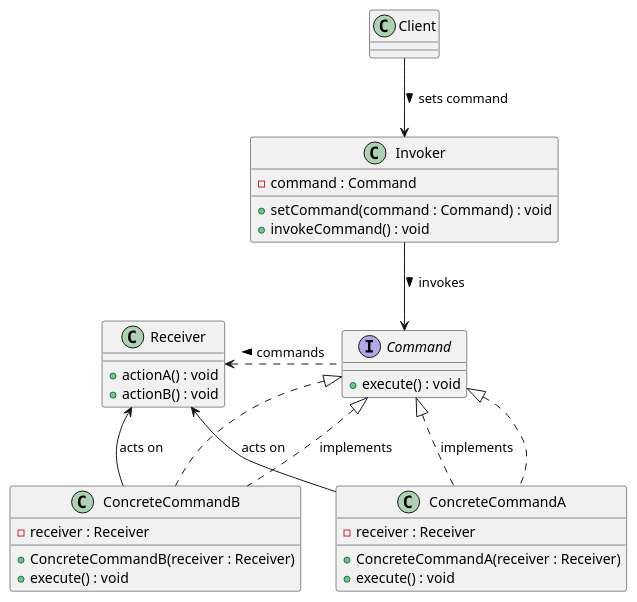
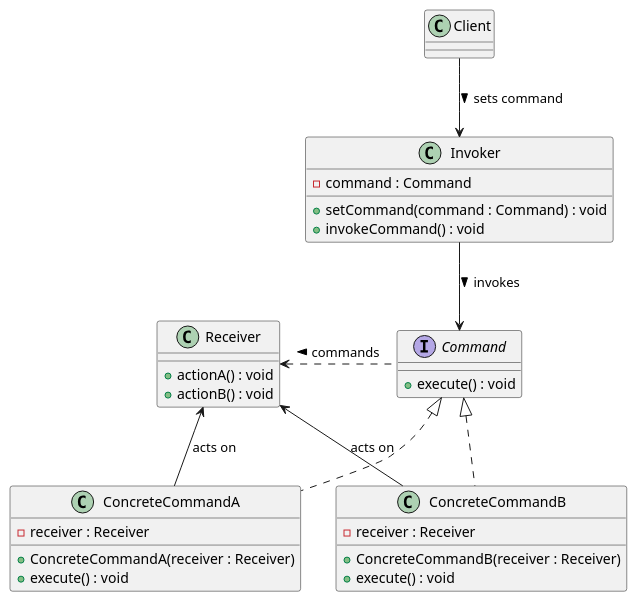
One commit to Gabriel-SoftwareAG/DesignPatterns changed the diagram in Patterns/Manuscript/manuscript/plantUml/command_class_diagram.plantuml. Above: the diagram before and after it, drawn with PlantUML. The commit also changed 24 other files, not shown here.

Commit message:
fix class diagrams

```diff
--- a/Patterns/Manuscript/manuscript/plantUml/command_class_diagram.plantuml
+++ b/Patterns/Manuscript/manuscript/plantUml/command_class_diagram.plantuml
@@ -1,47 +1,45 @@
 @startuml CommandPatternClassDiagram
 
 ' Command interface
 interface Command {
   +execute() : void
 }
 
 ' ConcreteCommand classes
 class ConcreteCommandA implements Command {
   -receiver : Receiver
   +ConcreteCommandA(receiver : Receiver)
   +execute() : void
 }
 
 class ConcreteCommandB implements Command {
   -receiver : Receiver
   +ConcreteCommandB(receiver : Receiver)
   +execute() : void
 }
 
 ' Receiver class
 class Receiver {
   +actionA() : void
   +actionB() : void
 }
 
 ' Invoker class
 class Invoker {
   -command : Command
   +setCommand(command : Command) : void
   +invokeCommand() : void
 }
 
 ' Client class
 class Client {
 }
 
 ' Relationships
 Client -down-> Invoker : sets command >
 Invoker -down-> Command : invokes >
 Command .left.> Receiver : commands >
-ConcreteCommandA .up.|> Command : implements
-ConcreteCommandB .up.|> Command : implements
 ConcreteCommandA -right-> Receiver : acts on
 ConcreteCommandB -right-> Receiver : acts on
 
 @enduml
```
